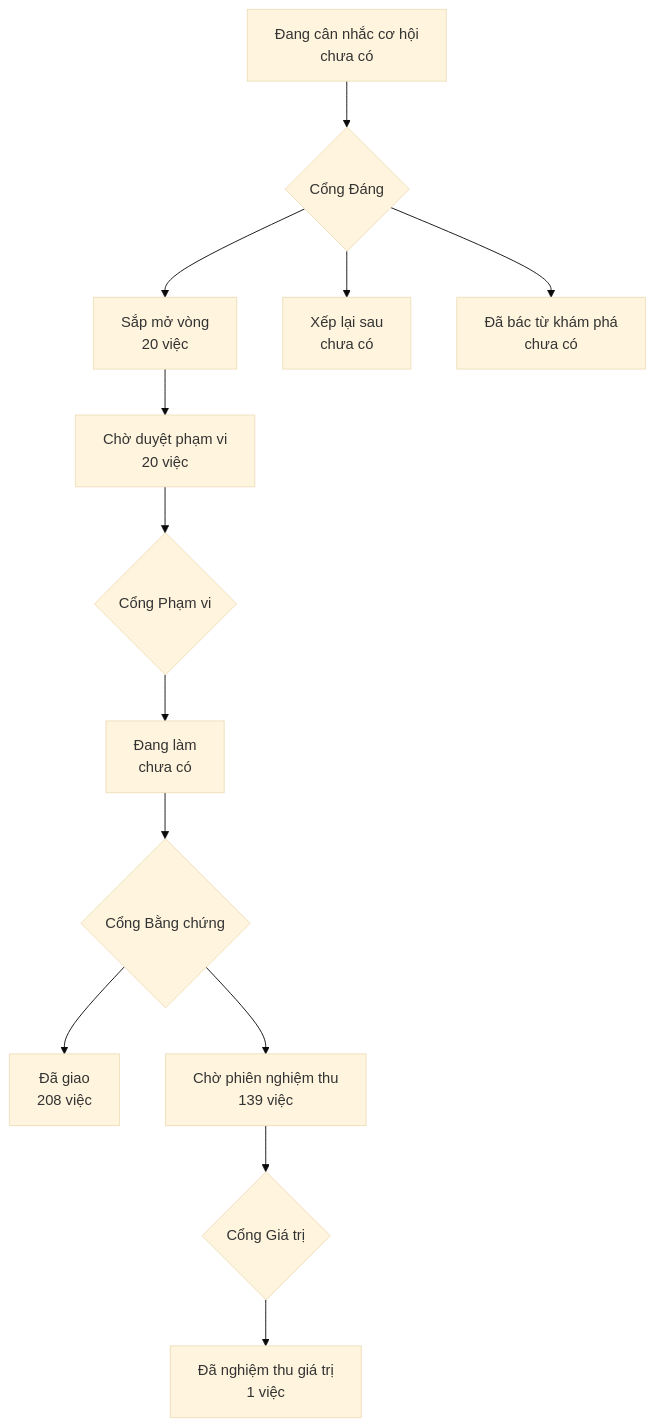
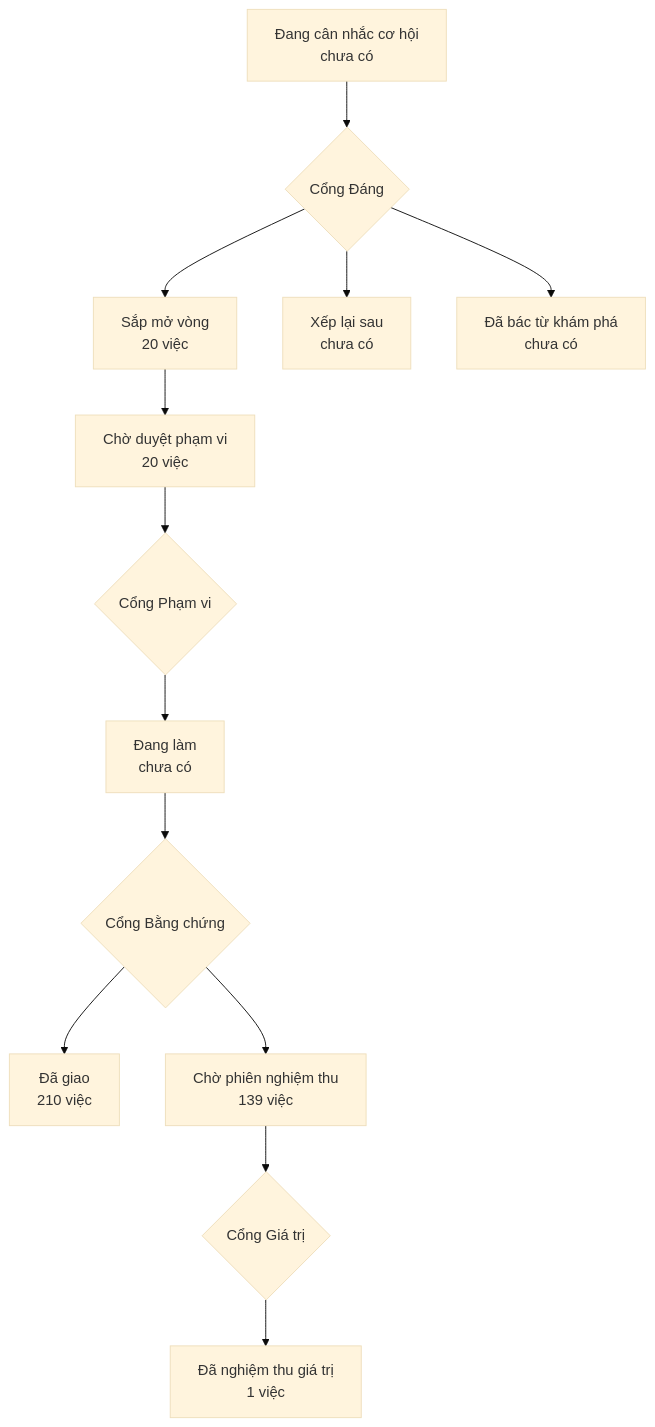
Before and after one commit to phanlemanh/onehub-invest: the diagram in PRODUCT-MAP.md, drawn with Mermaid (base theme). The commit also changed other lines of this file and 1 other file, not shown here.

Commit message:
chore: vẽ lại bản đồ sản phẩm, lộ trình sau khi nhận main 718c893ca

````diff
--- a/PRODUCT-MAP.md
+++ b/PRODUCT-MAP.md
@@ -7,12 +7,12 @@
 ```mermaid
 flowchart TD
   A["Đang cân nhắc cơ hội<br/>chưa có"] --> GD{"Cổng Đáng"}
   GD --> B["Sắp mở vòng<br/>20 việc"]
   GD --> XL["Xếp lại sau<br/>chưa có"]
   GD --> DB["Đã bác từ khám phá<br/>chưa có"]
   B --> CD["Chờ duyệt phạm vi<br/>20 việc"] --> GP{"Cổng Phạm vi"}
   GP --> DL["Đang làm<br/>chưa có"] --> GB{"Cổng Bằng chứng"}
-  GB --> DG["Đã giao<br/>208 việc"]
+  GB --> DG["Đã giao<br/>210 việc"]
   GB --> CN["Chờ phiên nghiệm thu<br/>139 việc"] --> GG{"Cổng Giá trị"}
   GG --> NT["Đã nghiệm thu giá trị<br/>1 việc"]
 ```
````
